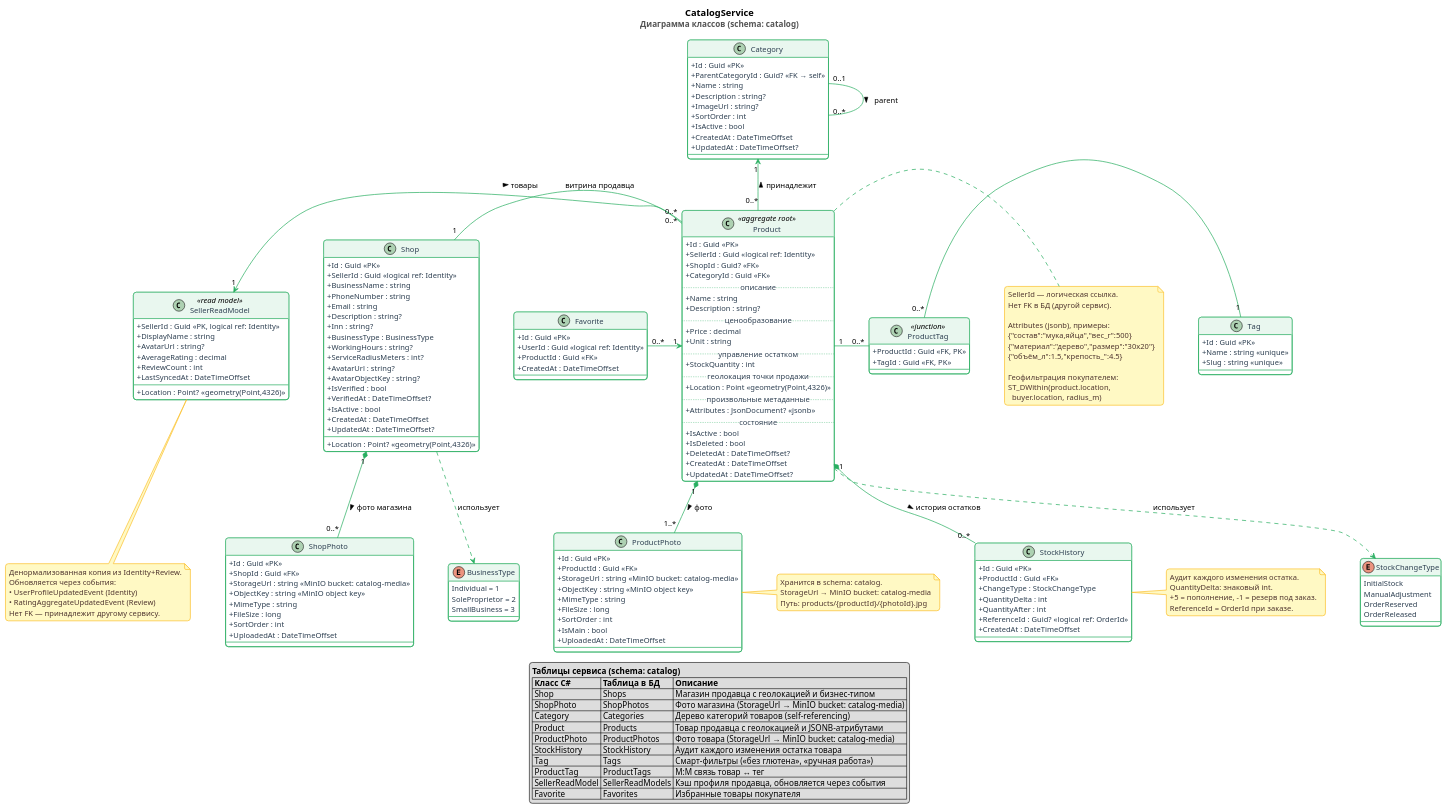
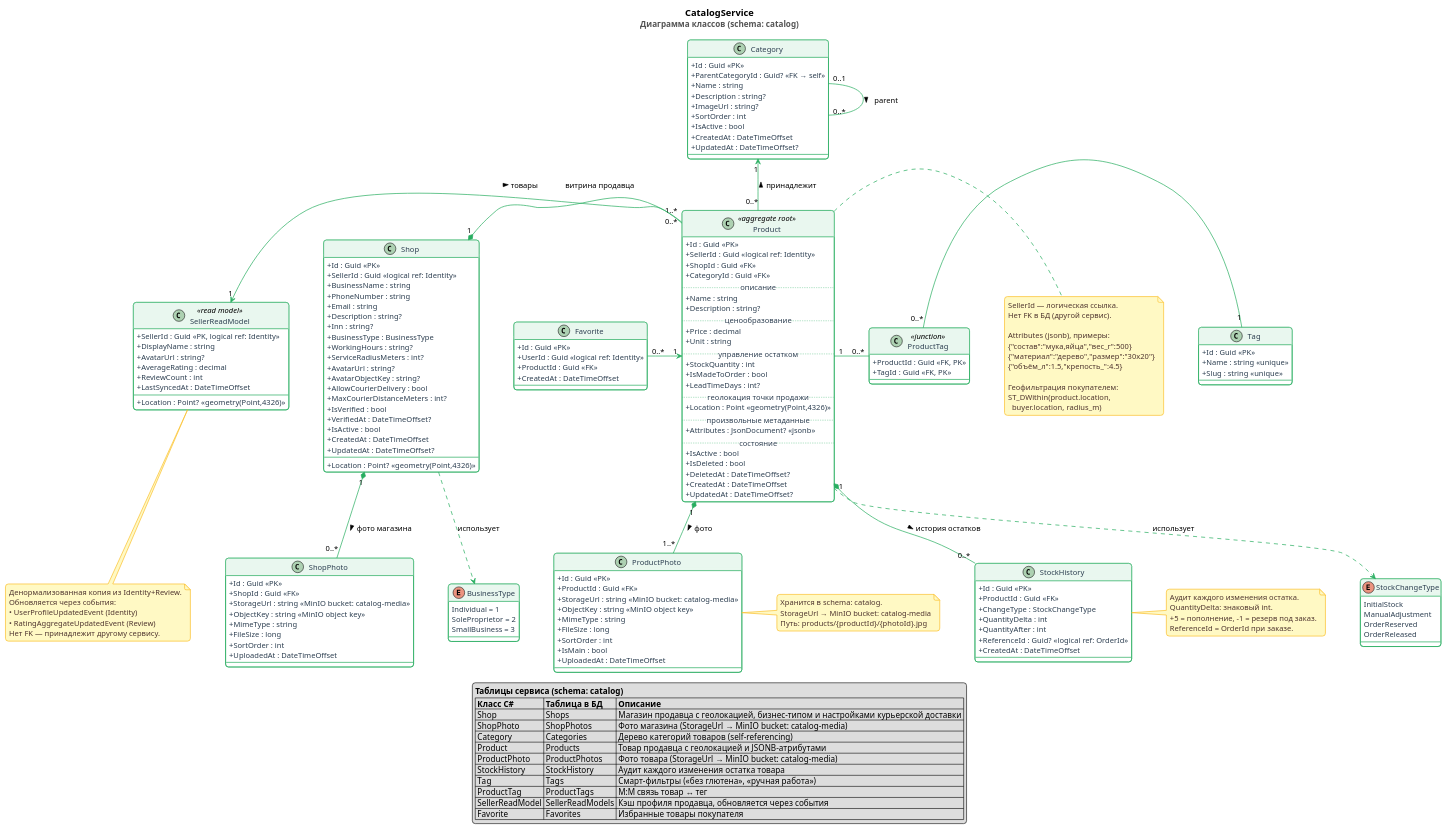
Before and after one commit to LocMp-olegg/LocalMarketplace: the diagram in docs/diagrams/catalog-service.puml, drawn with PlantUML. The commit also changed 2 other files, not shown here.

```diff
--- a/docs/diagrams/catalog-service.puml
+++ b/docs/diagrams/catalog-service.puml
@@ -70,6 +70,8 @@
     + Location : Point? <<geometry(Point,4326)>>
     + AvatarUrl : string?
     + AvatarObjectKey : string?
+    + AllowCourierDelivery : bool
+    + MaxCourierDistanceMeters : int?
     + IsVerified : bool
     + VerifiedAt : DateTimeOffset?
     + IsActive : bool
@@ -107,7 +109,7 @@
 class Product <<aggregate root>> {
     + Id : Guid <<PK>>
     + SellerId : Guid <<logical ref: Identity>>
-    + ShopId : Guid? <<FK>>
+    + ShopId : Guid <<FK>>
     + CategoryId : Guid <<FK>>
     ..описание..
     + Name : string
@@ -117,6 +119,8 @@
     + Unit : string
     ..управление остатком..
     + StockQuantity : int
+    + IsMadeToOrder : bool
+    + LeadTimeDays : int?
     ..геолокация точки продажи..
     + Location : Point <<geometry(Point,4326)>>
     ..произвольные метаданные..
@@ -189,7 +193,7 @@
 Category "0..1" -right- "0..*" Category : parent >
 
 Shop "1" *-down- "0..*" ShopPhoto : фото магазина >
-Shop "1" -right- "0..*" Product : товары >
+Shop "1" *-right- "1..*" Product : товары >
 Shop ..> BusinessType : использует
 
 Product "0..*" -up-> "1" Category : принадлежит >
@@ -247,7 +251,7 @@
 legend bottom
   <b>Таблицы сервиса (schema: catalog)</b>
   |= Класс C# |= Таблица в БД |= Описание |
-  | Shop | Shops | Магазин продавца с геолокацией и бизнес-типом |
+  | Shop | Shops | Магазин продавца с геолокацией, бизнес-типом и настройками курьерской доставки |
   | ShopPhoto | ShopPhotos | Фото магазина (StorageUrl → MinIO bucket: catalog-media) |
   | Category | Categories | Дерево категорий товаров (self-referencing) |
   | Product | Products | Товар продавца с геолокацией и JSONB-атрибутами |
```
